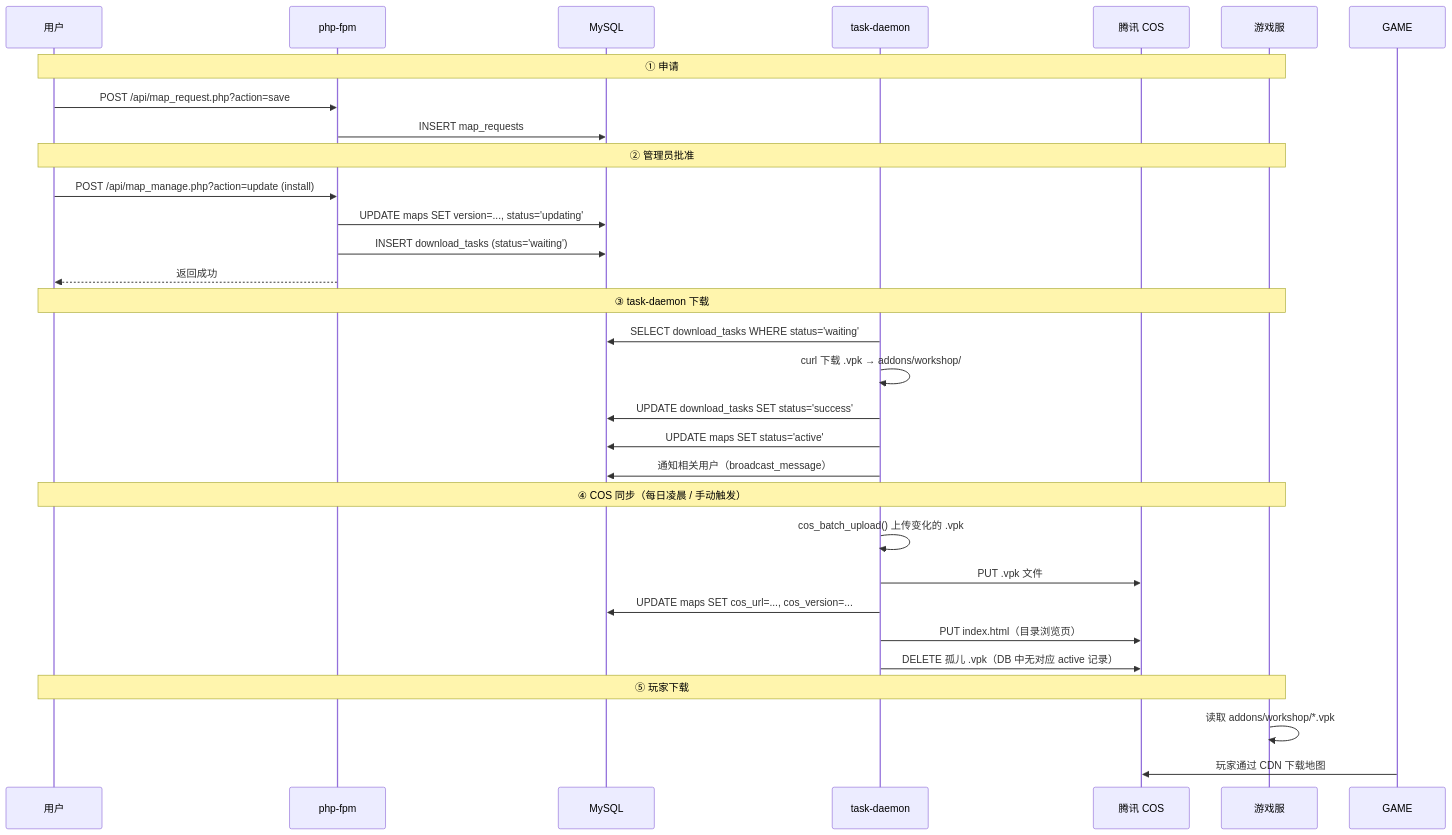
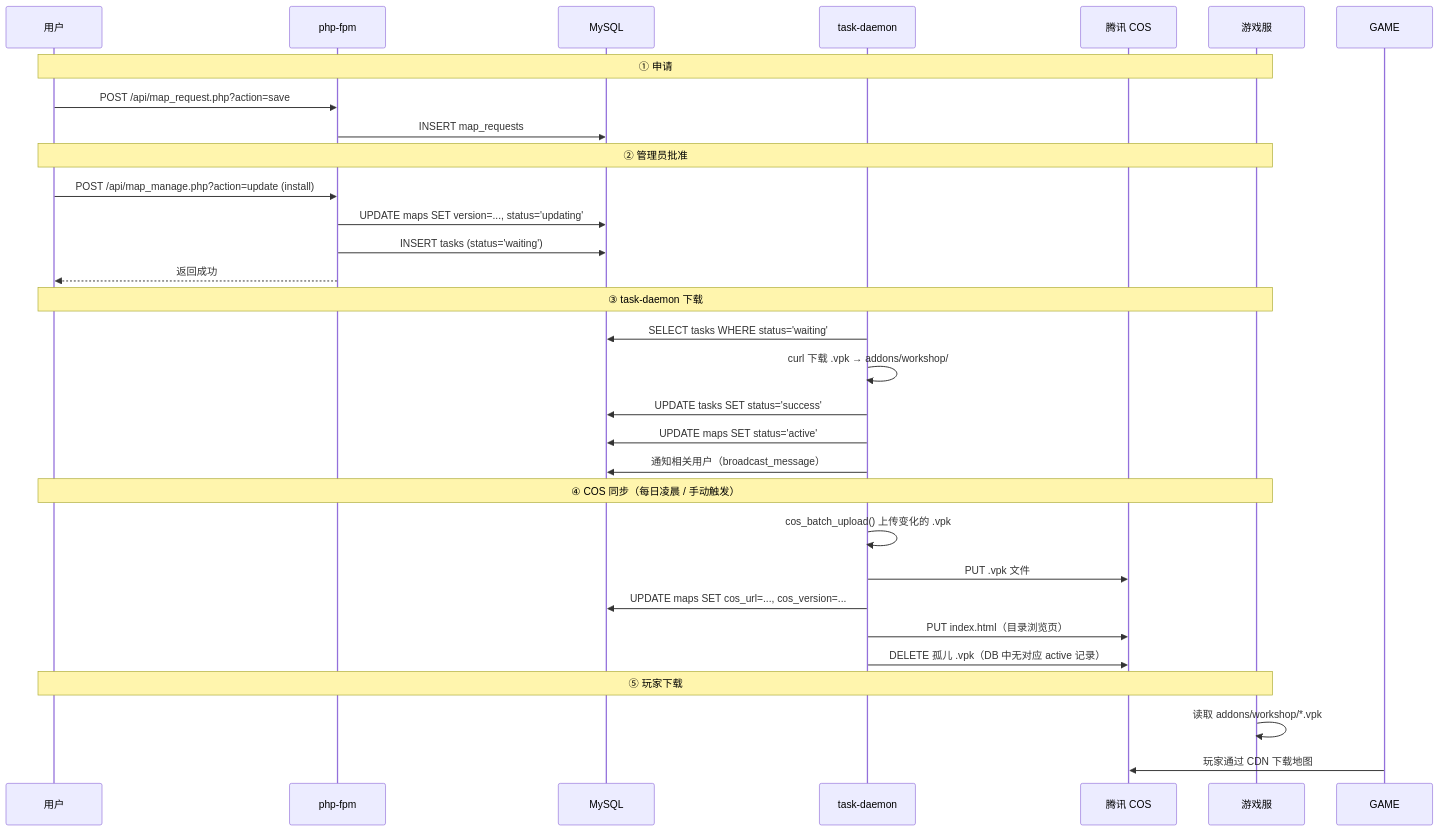
The first of 2 diagrams in web/README.md (TunArund/L4D2-ServerPack), drawn with Mermaid before and after one commit. The commit also changed other lines of this file and 15 other files, not shown here.

````diff
--- a/web/README.md
+++ b/web/README.md
@@ -18,37 +18,37 @@
 ```mermaid
 sequenceDiagram
     participant U as 用户
     participant PHP as php-fpm
     participant DB as MySQL
     participant TD as task-daemon
     participant COS as 腾讯 COS
     participant L4D2 as 游戏服
 
     Note over U,L4D2: ① 申请
     U->>PHP: POST /api/map_request.php?action=save
     PHP->>DB: INSERT map_requests
 
     Note over U,L4D2: ② 管理员批准
     U->>PHP: POST /api/map_manage.php?action=update (install)
     PHP->>DB: UPDATE maps SET version=..., status='updating'
-    PHP->>DB: INSERT download_tasks (status='waiting')
+    PHP->>DB: INSERT tasks (status='waiting')
     PHP-->>U: 返回成功
 
     Note over U,L4D2: ③ task-daemon 下载
-    TD->>DB: SELECT download_tasks WHERE status='waiting'
+    TD->>DB: SELECT tasks WHERE status='waiting'
     TD->>TD: curl 下载 .vpk → addons/workshop/
-    TD->>DB: UPDATE download_tasks SET status='success'
+    TD->>DB: UPDATE tasks SET status='success'
     TD->>DB: UPDATE maps SET status='active'
     TD->>DB: 通知相关用户（broadcast_message）
 
     Note over U,L4D2: ④ COS 同步（每日凌晨 / 手动触发）
     TD->>TD: cos_batch_upload() 上传变化的 .vpk
     TD->>COS: PUT .vpk 文件
     TD->>DB: UPDATE maps SET cos_url=..., cos_version=...
     TD->>COS: PUT index.html（目录浏览页）
     TD->>COS: DELETE 孤儿 .vpk（DB 中无对应 active 记录）
 
     Note over U,L4D2: ⑤ 玩家下载
     L4D2->>L4D2: 读取 addons/workshop/*.vpk
     GAME->>COS: 玩家通过 CDN 下载地图
 ```
````
